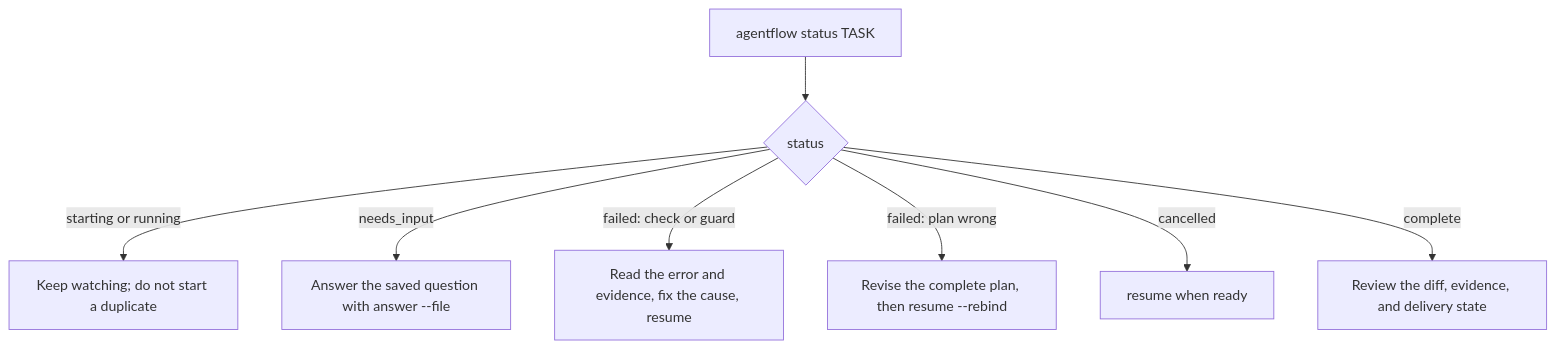
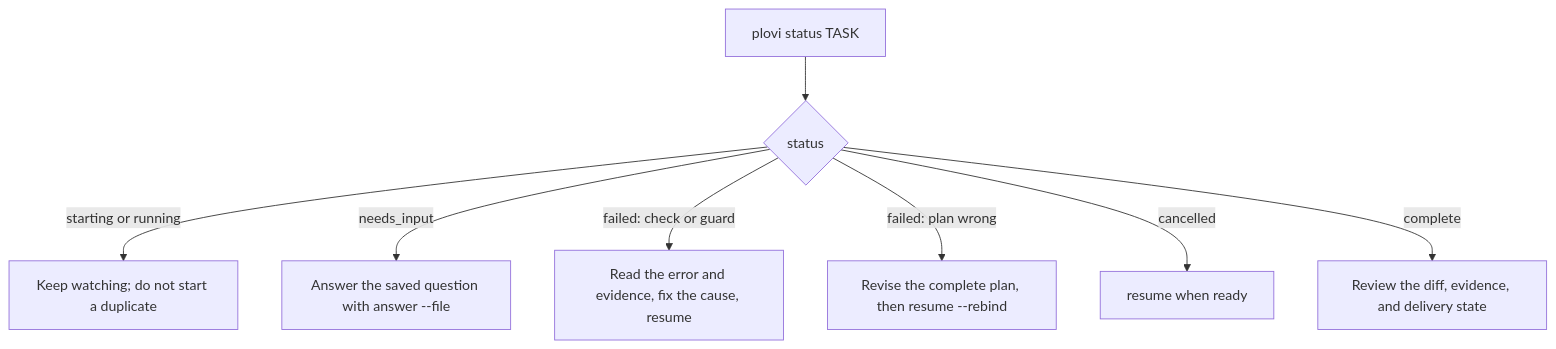
The diagram in docs-data/diagrams/task-stops.mmd (MarkoArsov/agent-workflow), drawn with Mermaid before and after one commit. The commit also changed 457 other files, not shown here.

```diff
--- a/docs-data/diagrams/task-stops.mmd
+++ b/docs-data/diagrams/task-stops.mmd
@@ -1,9 +1,9 @@
 %% When a task stops: decision tree on run status. Rendered by hand as task-stops.html.
 flowchart TD
-    A[agentflow status TASK] --> B{status}
+    A[plovi status TASK] --> B{status}
     B -->|starting or running| C[Keep watching; do not start a duplicate]
     B -->|needs_input| D[Answer the saved question with answer --file]
     B -->|failed: check or guard| E[Read the error and evidence, fix the cause, resume]
     B -->|failed: plan wrong| F[Revise the complete plan, then resume --rebind]
     B -->|cancelled| G[resume when ready]
     B -->|complete| H[Review the diff, evidence, and delivery state]
```
